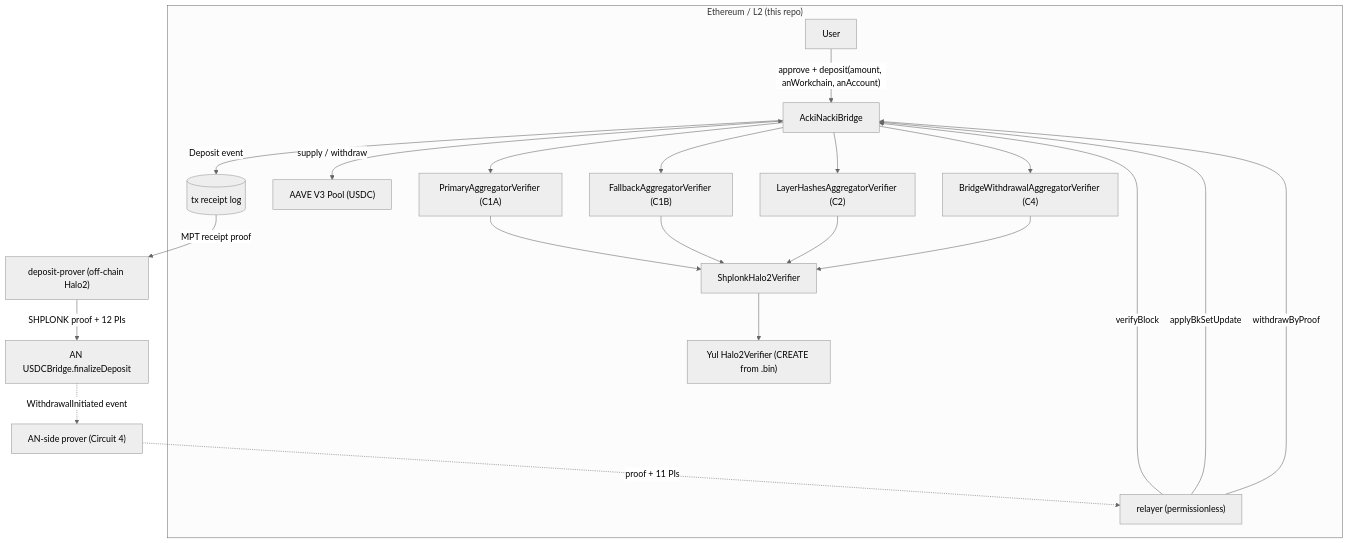
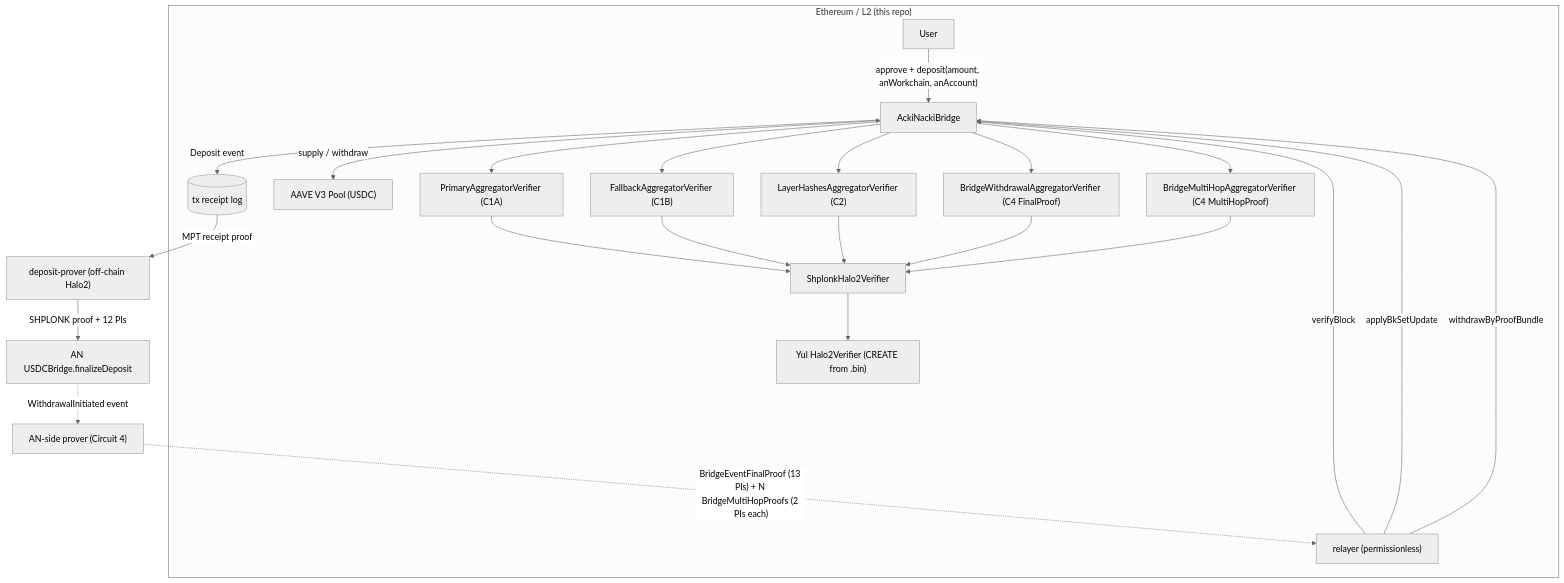
The diagram in docs/EVM-contracts-spec.md (gosh-sh/bridge), drawn with Mermaid (neutral theme) before and after one commit. The commit also changed other lines of this file and 65 other files, not shown here.

````diff
--- a/docs/EVM-contracts-spec.md
+++ b/docs/EVM-contracts-spec.md
@@ -68,20 +70,21 @@
 ```mermaid
 flowchart TB
     subgraph ETH["Ethereum / L2 (this repo)"]
         U["User"] -->|"approve + deposit(amount, anWorkchain, anAccount)"| B["AckiNackiBridge"]
         B -->|"Deposit event"| LOG[("tx receipt log")]
         B <-->|"supply / withdraw"| AAVE["AAVE V3 Pool (USDC)"]
         R["relayer (permissionless)"] -->|"verifyBlock"| B
         R -->|"applyBkSetUpdate"| B
-        R -->|"withdrawByProof"| B
+        R -->|"withdrawByProofBundle"| B
         B --> V1["PrimaryAggregatorVerifier (C1A)"]
         B --> V2["FallbackAggregatorVerifier (C1B)"]
         B --> V3["LayerHashesAggregatorVerifier (C2)"]
-        B --> V4["BridgeWithdrawalAggregatorVerifier (C4)"]
-        V1 & V2 & V3 & V4 --> W["ShplonkHalo2Verifier"] --> Y["Yul Halo2Verifier (CREATE from .bin)"]
+        B --> V4a["BridgeWithdrawalAggregatorVerifier (C4 FinalProof)"]
+        B --> V4b["BridgeMultiHopAggregatorVerifier (C4 MultiHopProof)"]
+        V1 & V2 & V3 & V4a & V4b --> W["ShplonkHalo2Verifier"] --> Y["Yul Halo2Verifier (CREATE from .bin)"]
     end
     LOG -->|"MPT receipt proof"| DP["deposit-prover (off-chain Halo2)"]
     DP -->|"SHPLONK proof + 12 PIs"| AN["AN USDCBridge.finalizeDeposit"]
     AN -.->|"WithdrawalInitiated event"| C4P["AN-side prover (Circuit 4)"]
-    C4P -.->|"proof + 11 PIs"| R
+    C4P -.->|"BridgeEventFinalProof (13 PIs) + N BridgeMultiHopProofs (2 PIs each)"| R
 ```
````
